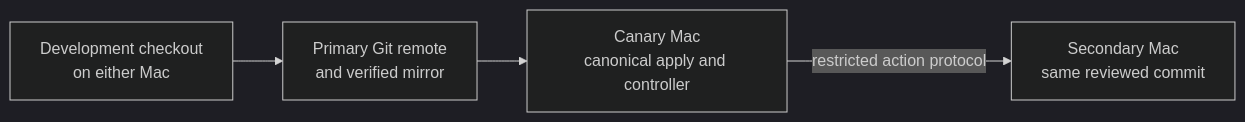
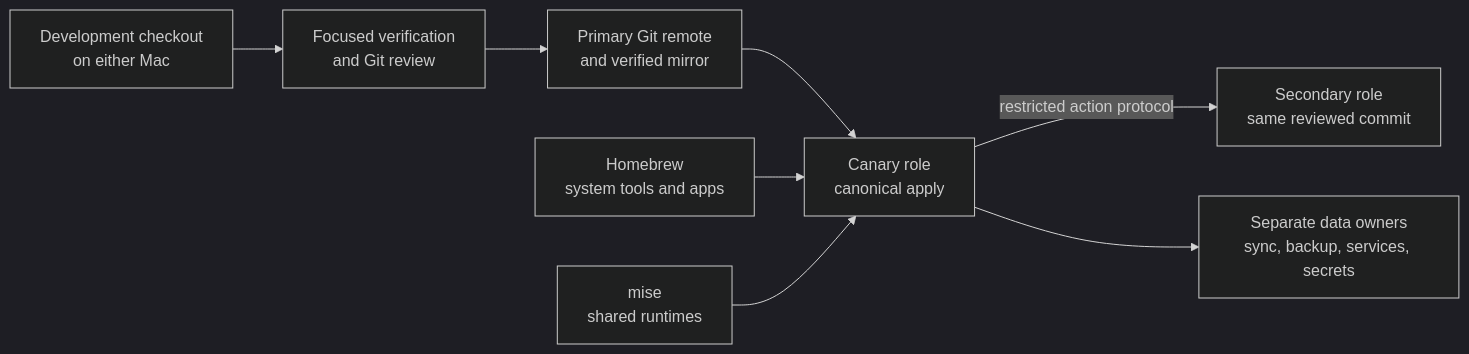
One commit to priithunt/workstation-showcase changed the diagram in README.md. Above: the diagram before and after it, drawn with Mermaid (dark theme). The commit also changed other lines of this file and 33 other files, not shown here.

````diff
--- a/README.md
+++ b/README.md
@@ -24,6 +37,11 @@
 ```mermaid
 flowchart LR
-    DEV["Development checkout<br/>on either Mac"] --> GIT["Primary Git remote<br/>and verified mirror"]
-    GIT --> CANARY["Canary Mac<br/>canonical apply and controller"]
-    CANARY -->|"restricted action protocol"| SECONDARY["Secondary Mac<br/>same reviewed commit"]
+    EDIT["Development checkout<br/>on either Mac"] --> REVIEW["Focused verification<br/>and Git review"]
+    REVIEW --> REMOTES["Primary Git remote<br/>and verified mirror"]
+    REMOTES --> CANARY["Canary role<br/>canonical apply"]
+    CANARY -->|"restricted action protocol"| SECONDARY["Secondary role<br/>same reviewed commit"]
+
+    HOMEBREW["Homebrew<br/>system tools and apps"] --> CANARY
+    MISE["mise<br/>shared runtimes"] --> CANARY
+    CANARY --> DATA["Separate data owners<br/>sync, backup, services, secrets"]
 ```
````
